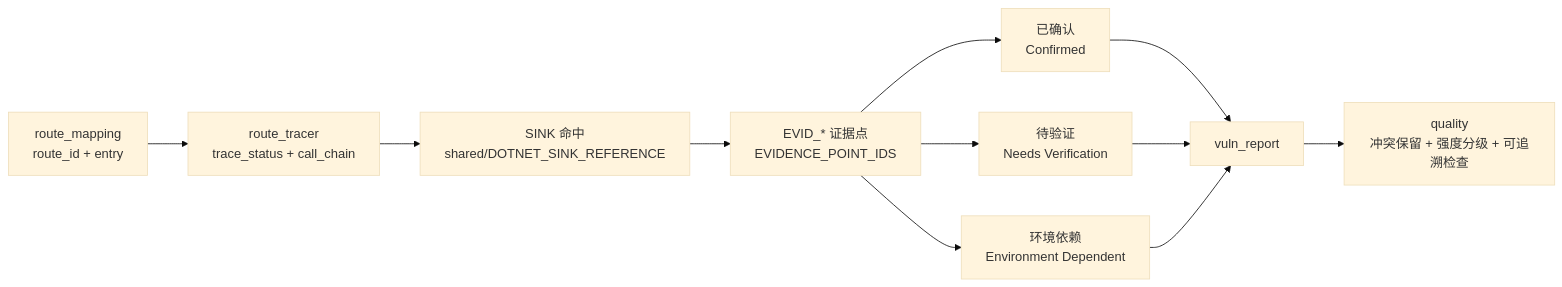
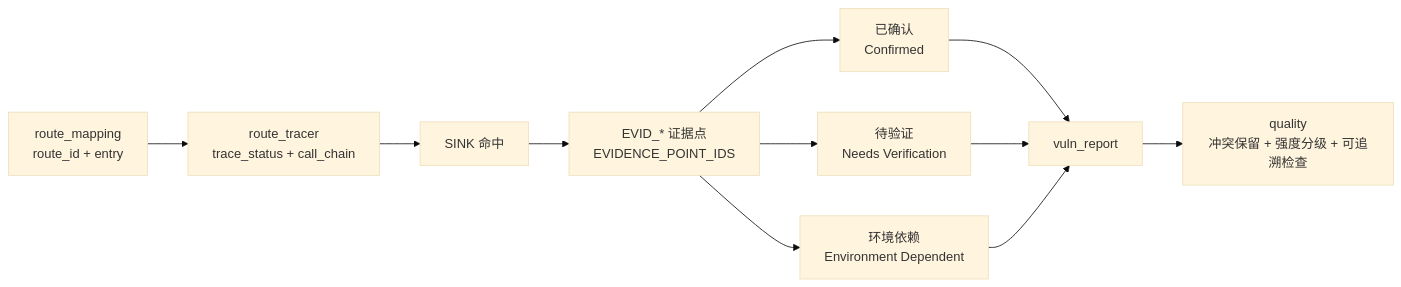
Before and after one commit to ZMR0zhangmouren/dotnet-security-audit-skill: the second of 2 diagrams in README.md, drawn with Mermaid (base theme). The commit also changed other lines of this file and 13 other files, not shown here.

````diff
--- a/README.md
+++ b/README.md
@@ -151,16 +148,16 @@
 ```mermaid
 flowchart LR
   R[route_mapping\nroute_id + entry] --> T[route_tracer\ntrace_status + call_chain]
-  T --> S[SINK 命中\nshared/DOTNET_SINK_REFERENCE]
+  T --> S[SINK 命中]
   S --> E[EVID_* 证据点\nEVIDENCE_POINT_IDS]
 
   E --> C1[已确认\nConfirmed]
   E --> C2[待验证\nNeeds Verification]
   E --> C3[环境依赖\nEnvironment Dependent]
 
   C1 --> V[vuln_report]
   C2 --> V
   C3 --> V
 
   V --> Q[quality\n冲突保留 + 强度分级 + 可追溯检查]
 ```
````
